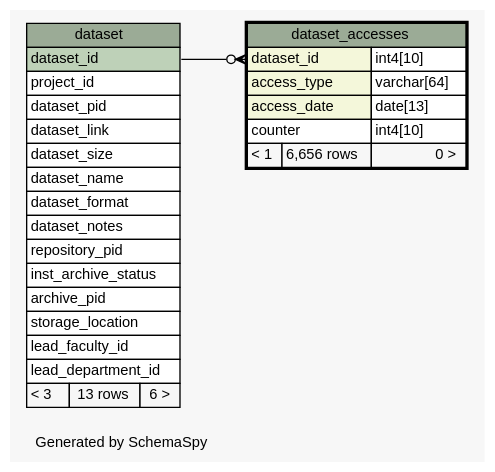
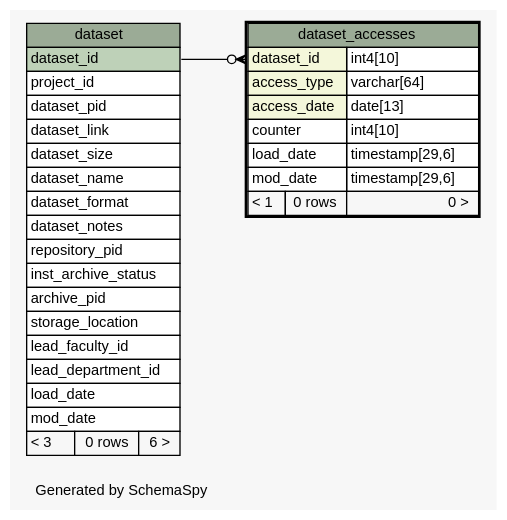
Before and after one commit to lulibrary/dmao_infrastructure: the diagram in ss.out/diagrams/dataset_accesses.1degree.dot, drawn with Graphviz. The commit also changed 81 other files, not shown here.

```diff
--- a/ss.out/diagrams/dataset_accesses.1degree.dot
+++ b/ss.out/diagrams/dataset_accesses.1degree.dot
@@ -1,59 +1,63 @@
 // dot 2.38.0 on Linux 3.16.0-4-amd64
 // SchemaSpy rev 590
 digraph "oneDegreeRelationshipsDiagram" {
   graph [
     rankdir="RL"
     bgcolor="#f7f7f7"
     label="\nGenerated by SchemaSpy"
     labeljust="l"
     nodesep="0.18"
     ranksep="0.46"
     fontname="Helvetica"
     fontsize="11"
   ];
   node [
     fontname="Helvetica"
     fontsize="11"
     shape="plaintext"
   ];
   edge [
     arrowsize="0.8"
   ];
   "dataset_accesses":"dataset_id":w -> "dataset":"dataset_id":e [arrowhead=none dir=back arrowtail=crowodot];
   "dataset" [
     label=<
     <TABLE BORDER="0" CELLBORDER="1" CELLSPACING="0" BGCOLOR="#ffffff">
       <TR><TD COLSPAN="3" BGCOLOR="#9bab96" ALIGN="CENTER">dataset</TD></TR>
       <TR><TD PORT="dataset_id" COLSPAN="3" BGCOLOR="#bed1b8" ALIGN="LEFT">dataset_id</TD></TR>
       <TR><TD PORT="project_id" COLSPAN="3" ALIGN="LEFT">project_id</TD></TR>
       <TR><TD PORT="dataset_pid" COLSPAN="3" ALIGN="LEFT">dataset_pid</TD></TR>
       <TR><TD PORT="dataset_link" COLSPAN="3" ALIGN="LEFT">dataset_link</TD></TR>
       <TR><TD PORT="dataset_size" COLSPAN="3" ALIGN="LEFT">dataset_size</TD></TR>
       <TR><TD PORT="dataset_name" COLSPAN="3" ALIGN="LEFT">dataset_name</TD></TR>
       <TR><TD PORT="dataset_format" COLSPAN="3" ALIGN="LEFT">dataset_format</TD></TR>
       <TR><TD PORT="dataset_notes" COLSPAN="3" ALIGN="LEFT">dataset_notes</TD></TR>
       <TR><TD PORT="repository_pid" COLSPAN="3" ALIGN="LEFT">repository_pid</TD></TR>
       <TR><TD PORT="inst_archive_status" COLSPAN="3" ALIGN="LEFT">inst_archive_status</TD></TR>
       <TR><TD PORT="archive_pid" COLSPAN="3" ALIGN="LEFT">archive_pid</TD></TR>
       <TR><TD PORT="storage_location" COLSPAN="3" ALIGN="LEFT">storage_location</TD></TR>
       <TR><TD PORT="lead_faculty_id" COLSPAN="3" ALIGN="LEFT">lead_faculty_id</TD></TR>
       <TR><TD PORT="lead_department_id" COLSPAN="3" ALIGN="LEFT">lead_department_id</TD></TR>
-      <TR><TD ALIGN="LEFT" BGCOLOR="#f7f7f7">&lt; 3</TD><TD ALIGN="RIGHT" BGCOLOR="#f7f7f7">13 rows</TD><TD ALIGN="RIGHT" BGCOLOR="#f7f7f7">6 &gt;</TD></TR>
+      <TR><TD PORT="load_date" COLSPAN="3" ALIGN="LEFT">load_date</TD></TR>
+      <TR><TD PORT="mod_date" COLSPAN="3" ALIGN="LEFT">mod_date</TD></TR>
+      <TR><TD ALIGN="LEFT" BGCOLOR="#f7f7f7">&lt; 3</TD><TD ALIGN="RIGHT" BGCOLOR="#f7f7f7">0 rows</TD><TD ALIGN="RIGHT" BGCOLOR="#f7f7f7">6 &gt;</TD></TR>
     </TABLE>>
     URL="dataset.html"
     tooltip="dataset"
   ];
   "dataset_accesses" [
     label=<
     <TABLE BORDER="2" CELLBORDER="1" CELLSPACING="0" BGCOLOR="#ffffff">
       <TR><TD COLSPAN="3" BGCOLOR="#9bab96" ALIGN="CENTER">dataset_accesses</TD></TR>
       <TR><TD PORT="dataset_id" COLSPAN="2" BGCOLOR="#f4f7da" ALIGN="LEFT">dataset_id</TD><TD PORT="dataset_id.type" ALIGN="LEFT">int4[10]</TD></TR>
       <TR><TD PORT="access_type" COLSPAN="2" BGCOLOR="#f4f7da" ALIGN="LEFT">access_type</TD><TD PORT="access_type.type" ALIGN="LEFT">varchar[64]</TD></TR>
       <TR><TD PORT="access_date" COLSPAN="2" BGCOLOR="#f4f7da" ALIGN="LEFT">access_date</TD><TD PORT="access_date.type" ALIGN="LEFT">date[13]</TD></TR>
       <TR><TD PORT="counter" COLSPAN="2" ALIGN="LEFT">counter</TD><TD PORT="counter.type" ALIGN="LEFT">int4[10]</TD></TR>
-      <TR><TD ALIGN="LEFT" BGCOLOR="#f7f7f7">&lt; 1</TD><TD ALIGN="RIGHT" BGCOLOR="#f7f7f7">6,656 rows</TD><TD ALIGN="RIGHT" BGCOLOR="#f7f7f7">0 &gt;</TD></TR>
+      <TR><TD PORT="load_date" COLSPAN="2" ALIGN="LEFT">load_date</TD><TD PORT="load_date.type" ALIGN="LEFT">timestamp[29,6]</TD></TR>
+      <TR><TD PORT="mod_date" COLSPAN="2" ALIGN="LEFT">mod_date</TD><TD PORT="mod_date.type" ALIGN="LEFT">timestamp[29,6]</TD></TR>
+      <TR><TD ALIGN="LEFT" BGCOLOR="#f7f7f7">&lt; 1</TD><TD ALIGN="RIGHT" BGCOLOR="#f7f7f7">0 rows</TD><TD ALIGN="RIGHT" BGCOLOR="#f7f7f7">0 &gt;</TD></TR>
     </TABLE>>
     URL="dataset_accesses.html"
     tooltip="dataset_accesses"
   ];
 }
```
